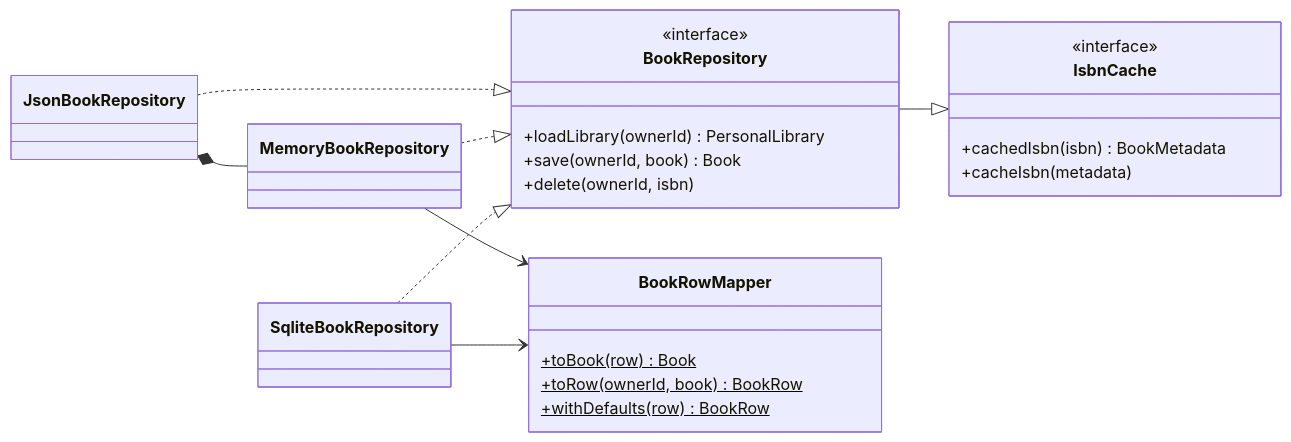
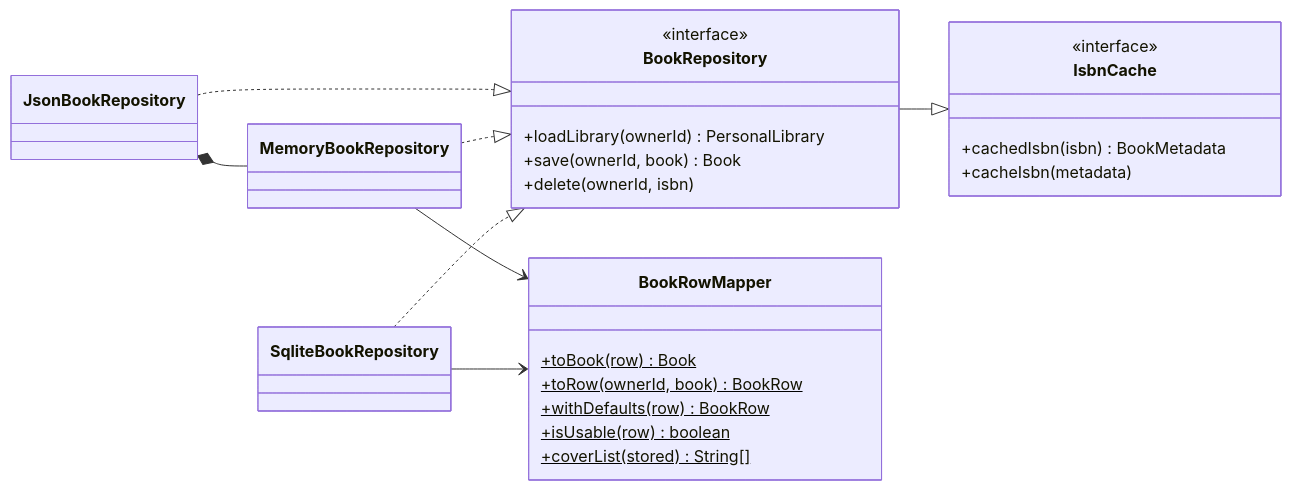
The diagram in docs/design/diagrams/iface-data.mmd (ghechavarria/cen5064-project-hechavarria), drawn with Mermaid before and after one commit. The commit also changed 38 other files, not shown here.

```diff
--- a/docs/design/diagrams/iface-data.mmd
+++ b/docs/design/diagrams/iface-data.mmd
@@ -1,25 +1,27 @@
 classDiagram
     direction LR
     class BookRepository {
         <<interface>>
         +loadLibrary(ownerId) PersonalLibrary
         +save(ownerId, book) Book
         +delete(ownerId, isbn)
     }
     class IsbnCache {
         <<interface>>
         +cachedIsbn(isbn) BookMetadata
         +cacheIsbn(metadata)
     }
     class BookRowMapper {
         +toBook(row)$ Book
         +toRow(ownerId, book)$ BookRow
         +withDefaults(row)$ BookRow
+        +isUsable(row)$ boolean
+        +coverList(stored)$ String[]
     }
     BookRepository --|> IsbnCache
     SqliteBookRepository ..|> BookRepository
     MemoryBookRepository ..|> BookRepository
     JsonBookRepository ..|> BookRepository
     JsonBookRepository *-- MemoryBookRepository
     SqliteBookRepository --> BookRowMapper
     MemoryBookRepository --> BookRowMapper
```
